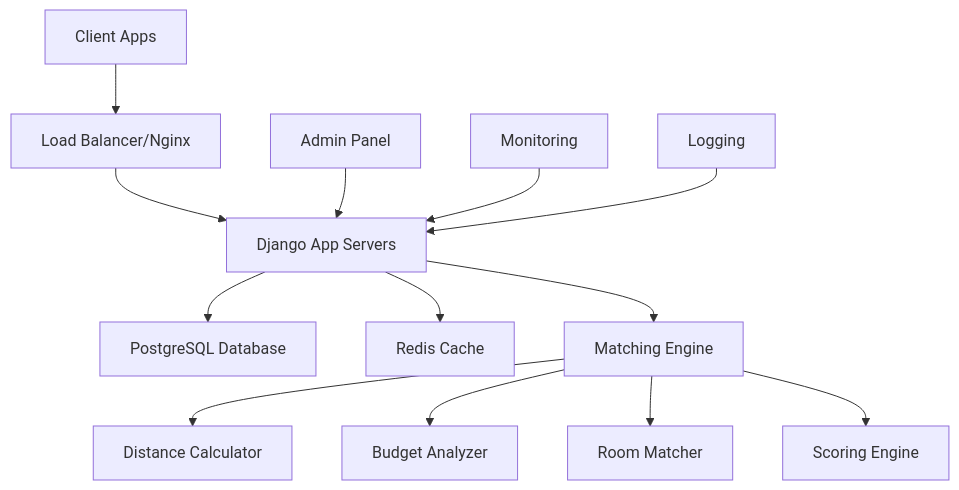
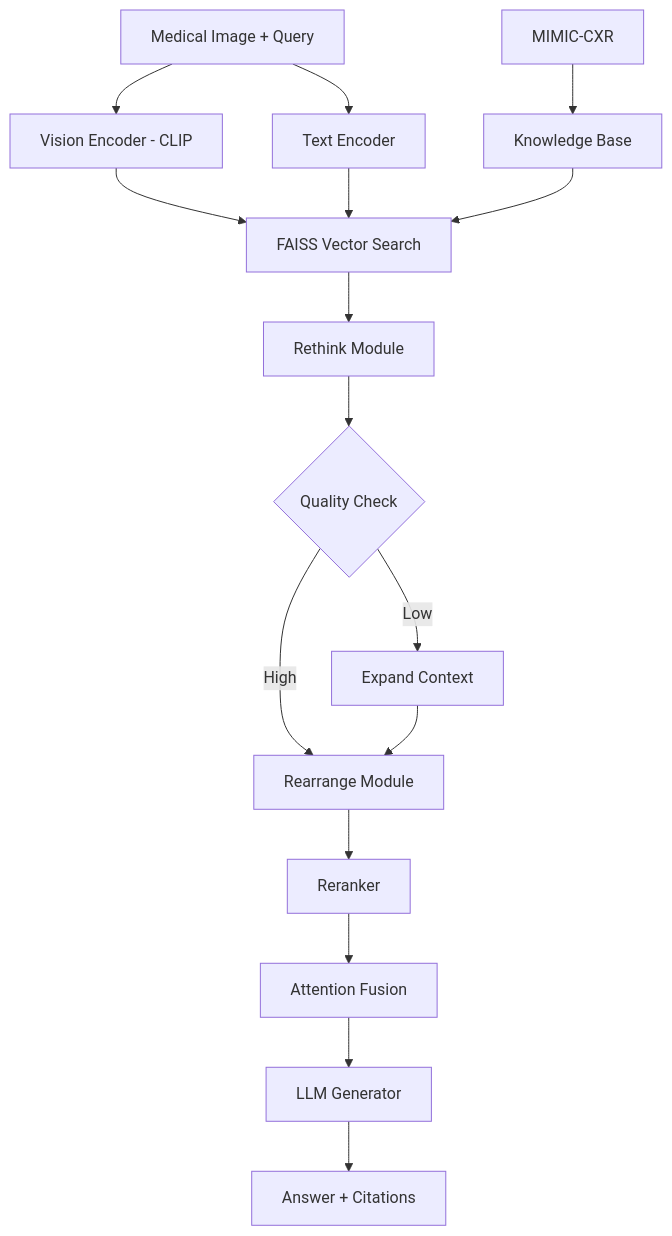
Before and after one commit to Ishaan-Ansari/MIRAGE: the diagram in README.md, drawn with Mermaid. The commit also changed other lines of this file, not shown here.

````diff
--- a/README.md
+++ b/README.md
@@ -185,17 +205,19 @@
 ```mermaid
 graph TB
-    A[Client Apps] --> B[Load Balancer/Nginx]
-    B --> C[Django App Servers]
-    C --> D[PostgreSQL Database]
-    C --> E[Redis Cache]
-    C --> F[Matching Engine]
+    A[Medical Image + Query] --> B[Vision Encoder - CLIP]
+    A --> C[Text Encoder]
+    B --> D[FAISS Vector Search]
+    C --> D
+    D --> E[Rethink Module]
+    E --> F{Quality Check}
+    F -->|Low| G[Expand Context]
+    F -->|High| H[Rearrange Module]
+    G --> H
+    H --> I[Reranker]
+    I --> J[Attention Fusion]
+    J --> K[LLM Generator]
+    K --> L[Answer + Citations]
 
-    F --> G[Distance Calculator]
-    F --> H[Budget Analyzer]
-    F --> I[Room Matcher]
-    F --> J[Scoring Engine]
-
-    K[Admin Panel] --> C
-    L[Monitoring] --> C
-    M[Logging] --> C
+    M[Knowledge Base] --> D
+    N[MIMIC-CXR] --> M
 ```
````
